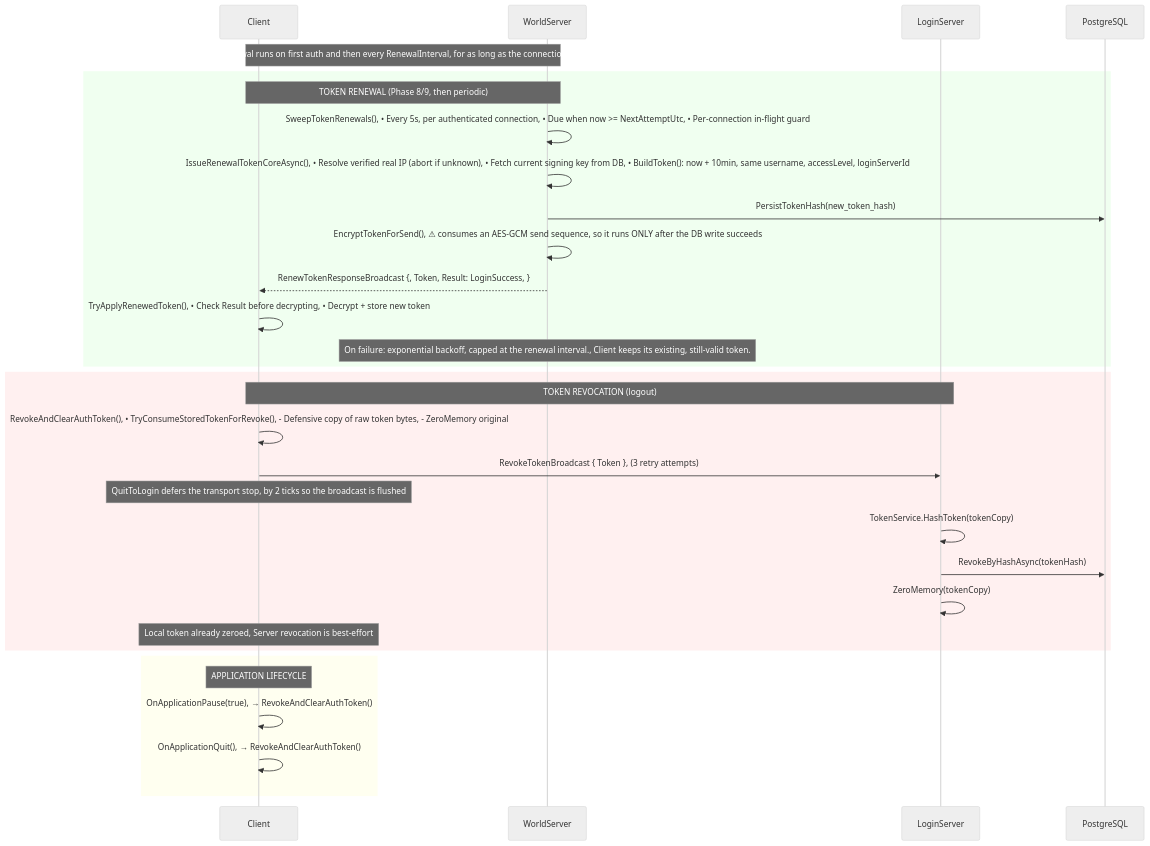
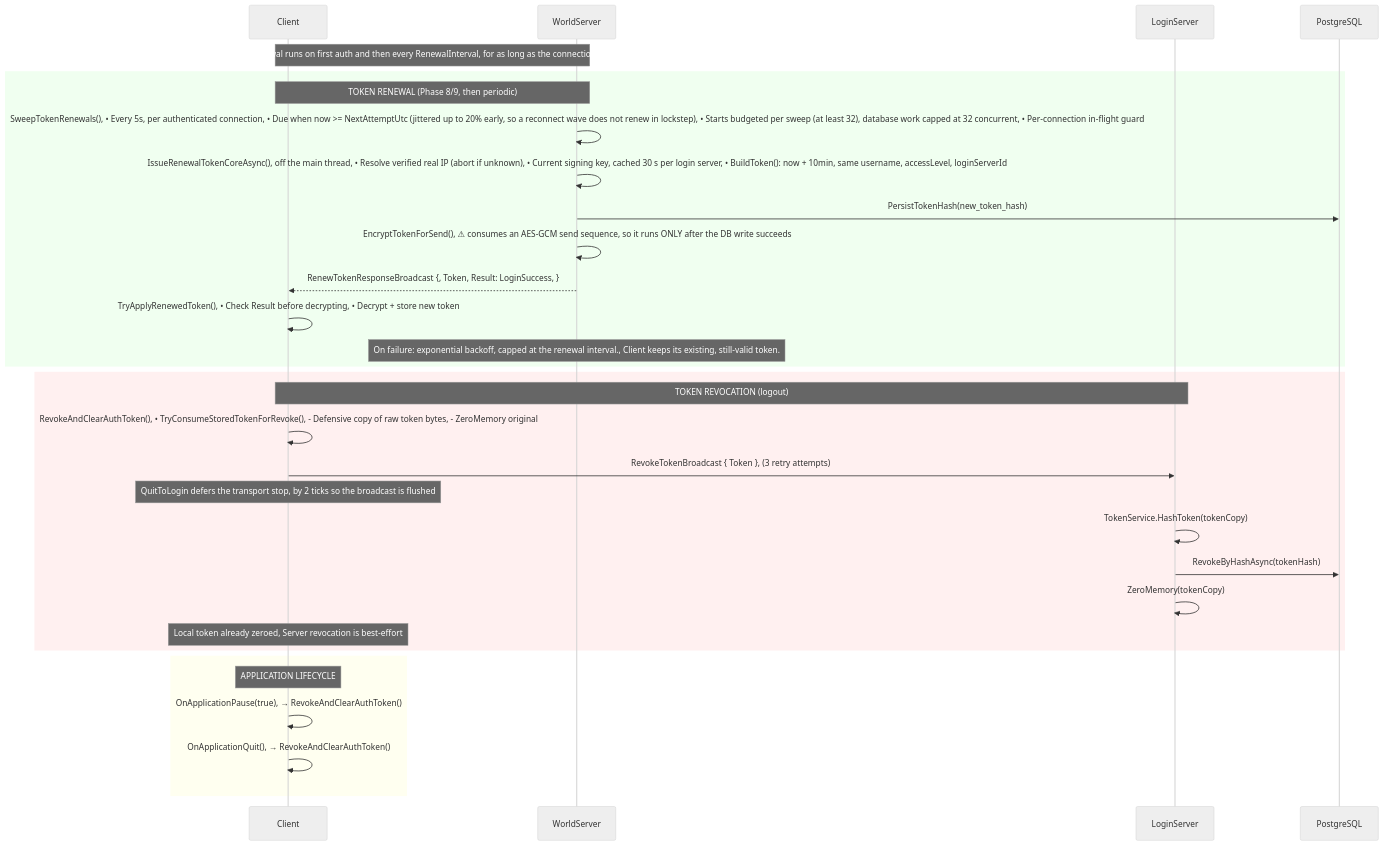
One commit to jimdroberts/FishMMO changed diagram 12 of 14 in CONNECTION_PIPELINE.md. Above: the diagram before and after it, drawn with Mermaid (neutral theme). The commit also changed other lines of this file and 680 other files, not shown here.

````diff
--- a/CONNECTION_PIPELINE.md
+++ b/CONNECTION_PIPELINE.md
@@ -856,37 +915,37 @@
 ```mermaid
 sequenceDiagram
     participant Client as Client
     participant World as WorldServer
     participant Login as LoginServer
     participant DB as PostgreSQL
 
     Note over Client,World: Renewal runs on first auth and then every RenewalInterval, for as long as the connection lives
 
     rect rgb(240, 255, 240)
         Note over Client,World: TOKEN RENEWAL (Phase 8/9, then periodic)
-        World->>World: SweepTokenRenewals(), • Every 5s, per authenticated connection, • Due when now >= NextAttemptUtc, • Per-connection in-flight guard
-        World->>World: IssueRenewalTokenCoreAsync(), • Resolve verified real IP (abort if unknown), • Fetch current signing key from DB, • BuildToken(): now + 10min,   same username, accessLevel, loginServerId
+        World->>World: SweepTokenRenewals(), • Every 5s, per authenticated connection, • Due when now >= NextAttemptUtc (jittered up to 20% early, so a reconnect wave does not renew in lockstep), • Starts budgeted per sweep (at least 32), database work capped at 32 concurrent, • Per-connection in-flight guard
+        World->>World: IssueRenewalTokenCoreAsync(), off the main thread, • Resolve verified real IP (abort if unknown), • Current signing key, cached 30 s per login server, • BuildToken(): now + 10min,   same username, accessLevel, loginServerId
         World->>DB: PersistTokenHash(new_token_hash)
         World->>World: EncryptTokenForSend(), ⚠ consumes an AES-GCM send sequence, so it runs ONLY after the DB write succeeds
         World-->>Client: RenewTokenResponseBroadcast {, Token, Result: LoginSuccess, }
         Client->>Client: TryApplyRenewedToken(), • Check Result before decrypting, • Decrypt + store new token
         Note over World: On failure: exponential backoff, capped at the renewal interval., Client keeps its existing, still-valid token.
     end
 
     rect rgb(255, 240, 240)
         Note over Client,Login: TOKEN REVOCATION (logout)
         Client->>Client: RevokeAndClearAuthToken(), • TryConsumeStoredTokenForRevoke(),   - Defensive copy of raw token bytes,   - ZeroMemory original
         Client->>Login: RevokeTokenBroadcast { Token }, (3 retry attempts)
         Note over Client: QuitToLogin defers the transport stop, by 2 ticks so the broadcast is flushed
         Login->>Login: TokenService.HashToken(tokenCopy)
         Login->>DB: RevokeByHashAsync(tokenHash)
         Login->>Login: ZeroMemory(tokenCopy)
         Note over Client: Local token already zeroed, Server revocation is best-effort
     end
 
     rect rgb(255, 255, 240)
         Note over Client: APPLICATION LIFECYCLE
         Client->>Client: OnApplicationPause(true), → RevokeAndClearAuthToken()
         Client->>Client: OnApplicationQuit(), → RevokeAndClearAuthToken()
     end
 ```
````
